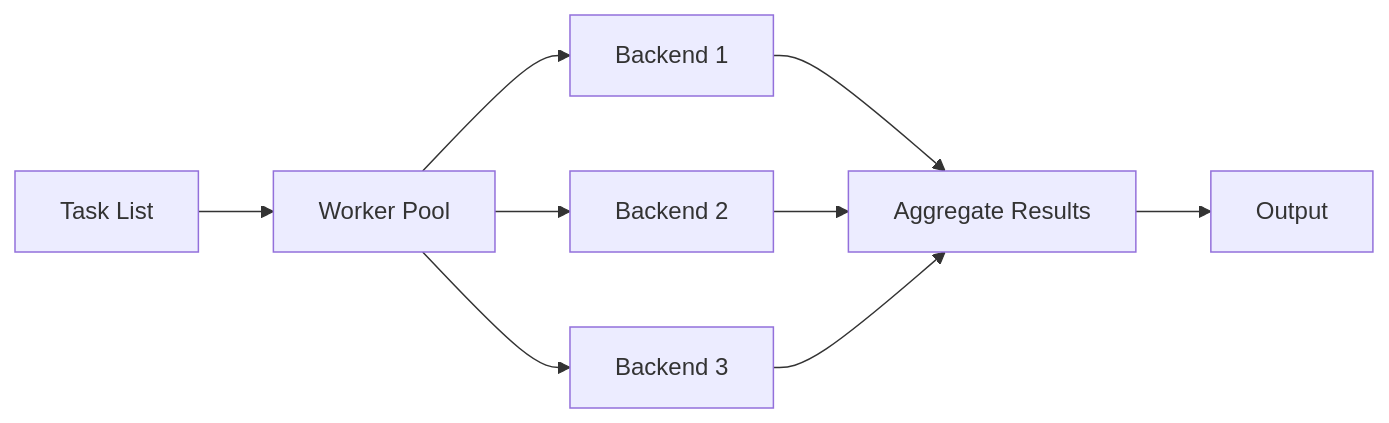
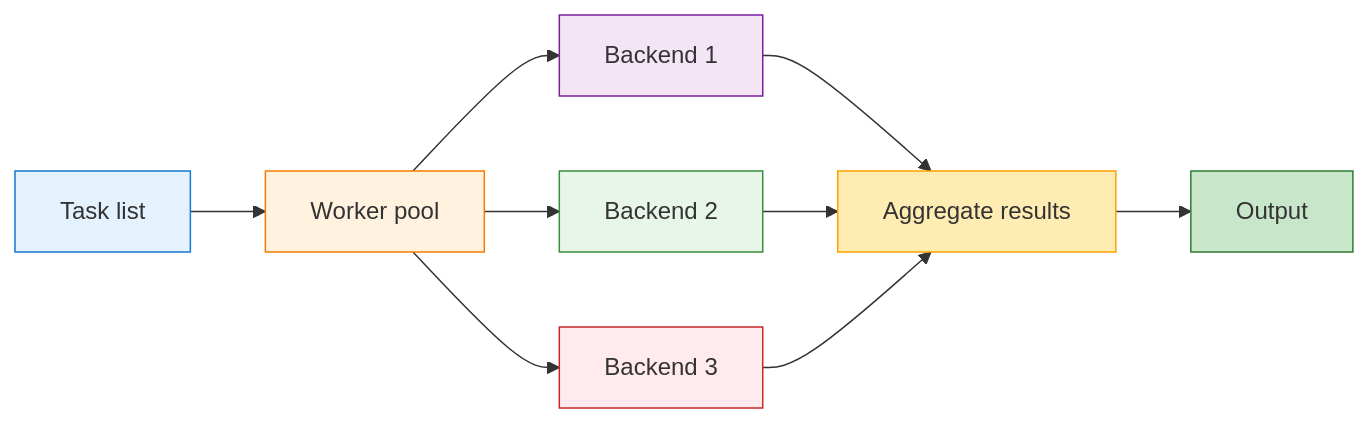
Before and after one commit to signalridge/clinvoker: the third of 4 diagrams in docs/development/architecture.md, drawn with Mermaid. The commit also changed other lines of this file and 14 other files, not shown here.

First line of the commit message:
docs: add Integration section and refine Mermaid diagrams

````diff
--- a/docs/development/architecture.md
+++ b/docs/development/architecture.md
@@ -152,11 +162,19 @@
 ```mermaid
-graph LR
-    Tasks[Task List] --> Pool[Worker Pool]
-    Pool --> B1[Backend 1]
-    Pool --> B2[Backend 2]
-    Pool --> B3[Backend 3]
-    B1 --> Agg[Aggregate Results]
+flowchart LR
+    Tasks["Task list"] --> Pool["Worker pool"]
+    Pool --> B1["Backend 1"]
+    Pool --> B2["Backend 2"]
+    Pool --> B3["Backend 3"]
+    B1 --> Agg["Aggregate results"]
     B2 --> Agg
     B3 --> Agg
-    Agg --> Output[Output]
+    Agg --> Output["Output"]
+
+    style Tasks fill:#e3f2fd,stroke:#1976d2
+    style Pool fill:#fff3e0,stroke:#f57c00
+    style B1 fill:#f3e5f5,stroke:#7b1fa2
+    style B2 fill:#e8f5e9,stroke:#388e3c
+    style B3 fill:#ffebee,stroke:#c62828
+    style Agg fill:#ffecb3,stroke:#ffa000
+    style Output fill:#c8e6c9,stroke:#2e7d32
 ```
````
